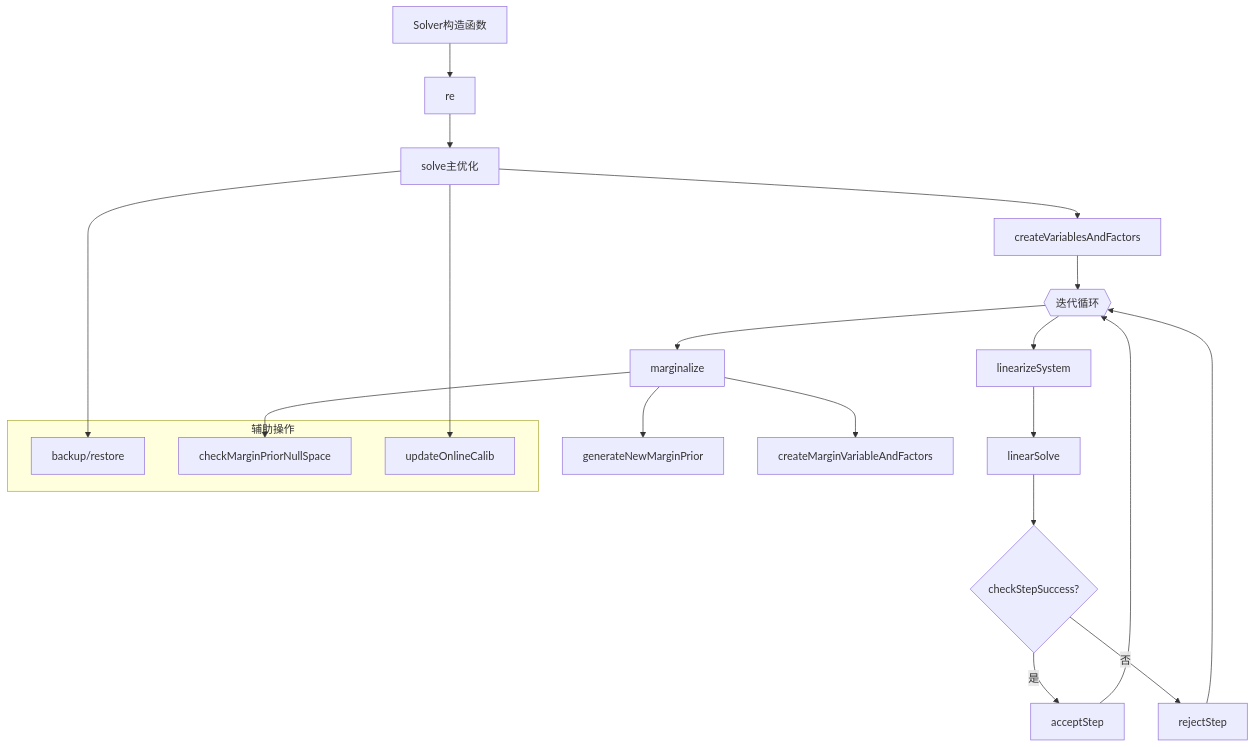
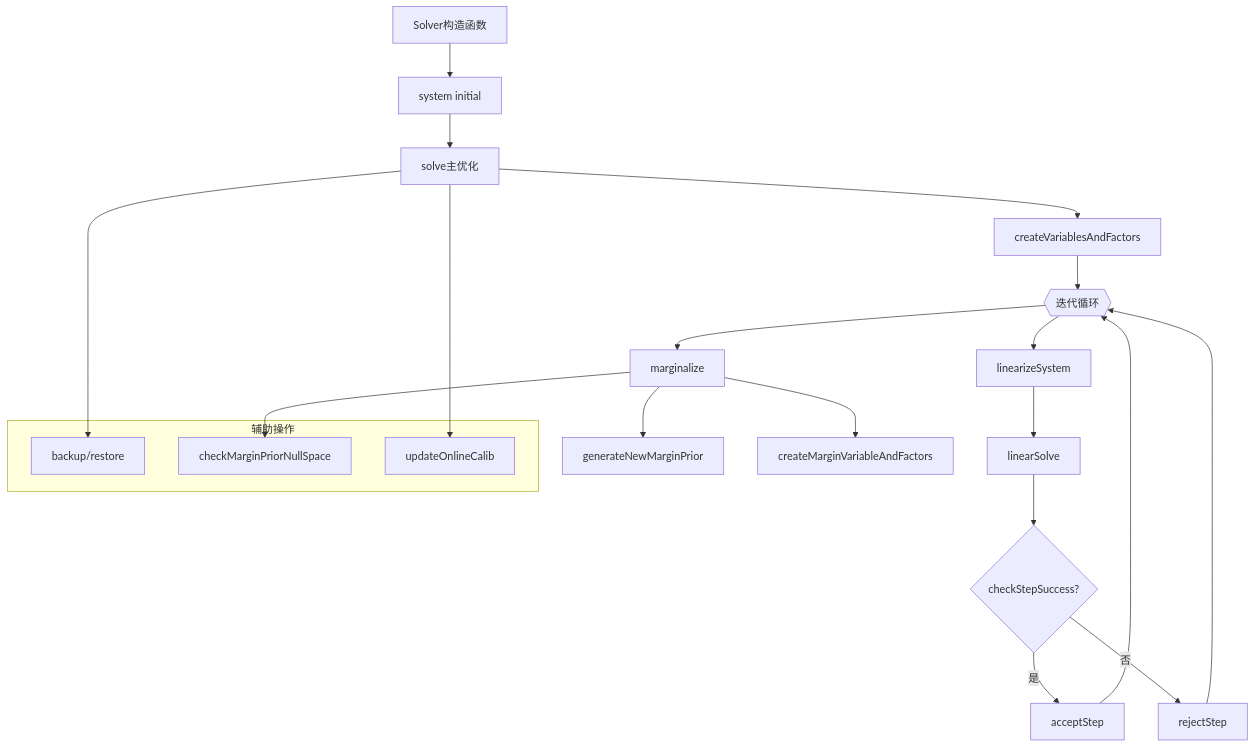
Before and after one commit to huzixuan1/iodraw-files: the diagram in all/未命名-2.md, drawn with Mermaid.

Commit message:
2025-04-17 09:00:38 update

````diff
--- a/all/未命名-2.md
+++ b/all/未命名-2.md
@@ -1,27 +1,27 @@
 ```mermaid
 
 graph TD
-    A[Solver构造函数] --> B[re]
+    A[Solver构造函数] --> B[system initial]
     B --> C[solve主优化]
     C --> D[createVariablesAndFactors]
     D --> E{{迭代循环}}
     E --> F[linearizeSystem]
     F --> G[linearSolve]
     G --> H{checkStepSuccess?}
     H -- 是 --> I[acceptStep]
     H -- 否 --> J[rejectStep]
     I --> E
     J --> E
     E --> K[marginalize]
     K --> L[generateNewMarginPrior]
     K --> M[createMarginVariableAndFactors]
     
     subgraph 辅助操作
         N[backup/restore]
         O[checkMarginPriorNullSpace]
         P[updateOnlineCalib]
     end
     C --> N
     K --> O
     C --> P
 ```
````
